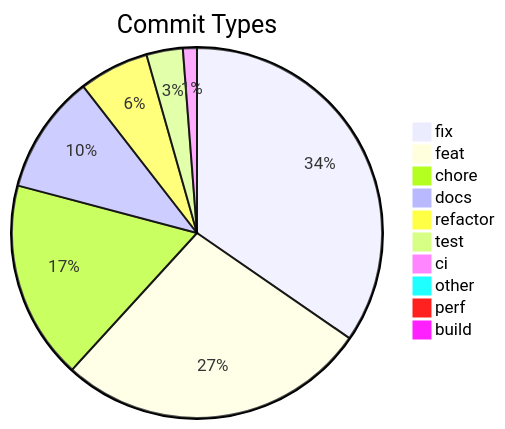
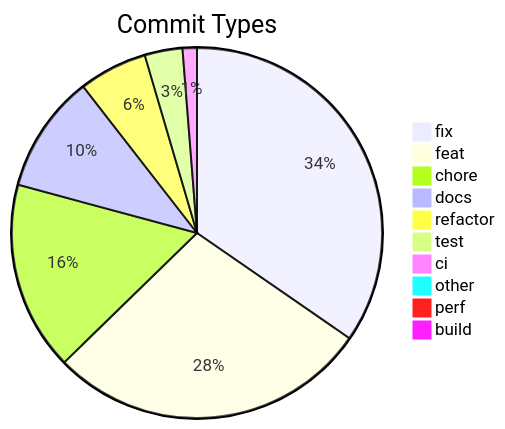
The diagram in .shipwright/compliance/change-history.md (svenroth-ai/shipwright), drawn with Mermaid before and after one commit. The commit also changed other lines of this file and 286 other files, not shown here.

````diff
--- a/.shipwright/compliance/change-history.md
+++ b/.shipwright/compliance/change-history.md
@@ -10,13 +10,13 @@
 ```mermaid
 pie title Commit Types
-    "fix" : 567
-    "feat" : 445
-    "chore" : 284
-    "docs" : 170
-    "refactor" : 100
-    "test" : 52
-    "ci" : 20
-    "other" : 11
+    "fix" : 609
+    "feat" : 494
+    "chore" : 290
+    "docs" : 181
+    "refactor" : 105
+    "test" : 58
+    "ci" : 22
+    "other" : 12
     "perf" : 1
     "build" : 1
 ```
````
